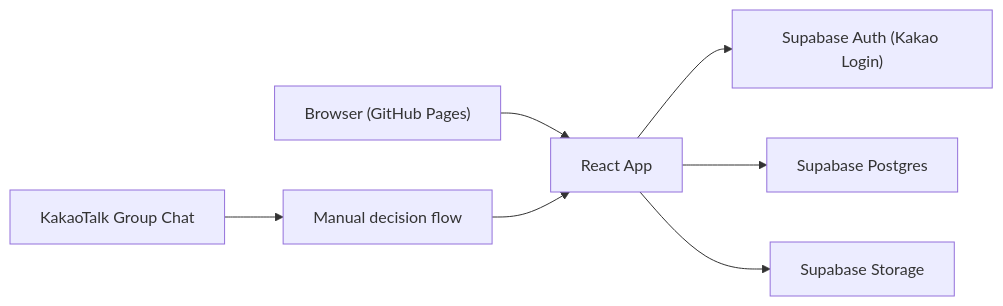
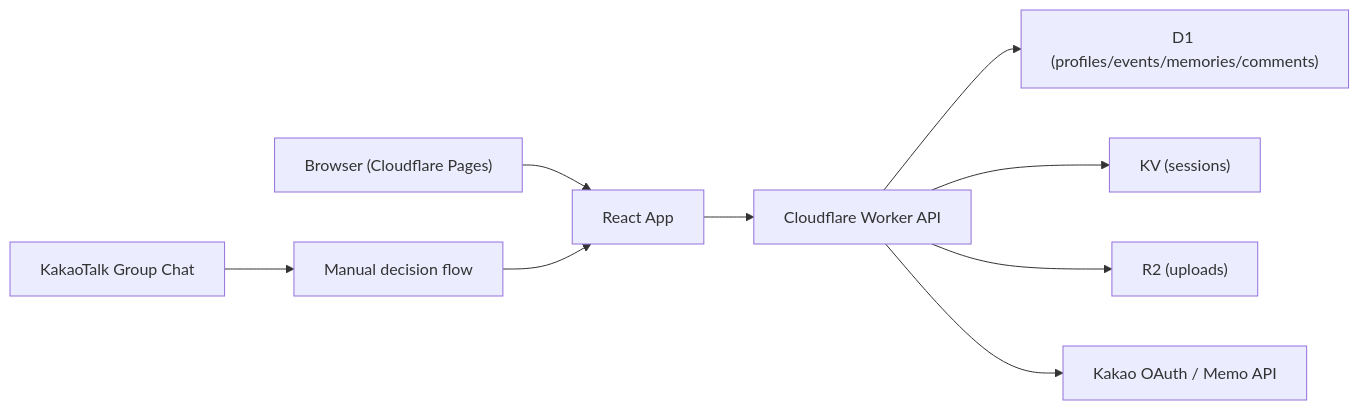
Before and after one commit to ClarusIubar/GATTACA: the diagram in docs/06-architecture-data-model.md, drawn with Mermaid. The commit also changed other lines of this file and 76 other files, not shown here.

Commit message:
feat(worker): add kakao relay backend and custom api route

````diff
--- a/docs/06-architecture-data-model.md
+++ b/docs/06-architecture-data-model.md
@@ -12,9 +13,11 @@
 ```mermaid
 flowchart LR
-  A["Browser (GitHub Pages)"] --> B["React App"]
-  B --> C["Supabase Auth (Kakao Login)"]
-  B --> D["Supabase Postgres"]
-  B --> E["Supabase Storage"]
-  F["KakaoTalk Group Chat"] --> G["Manual decision flow"]
-  G --> B
+  A["Browser (Cloudflare Pages)"] --> B["React App"]
+  B --> C["Cloudflare Worker API"]
+  C --> D["D1 (profiles/events/memories/comments)"]
+  C --> E["KV (sessions)"]
+  C --> F["R2 (uploads)"]
+  C --> G["Kakao OAuth / Memo API"]
+  H["KakaoTalk Group Chat"] --> I["Manual decision flow"]
+  I --> B
 ```
````
